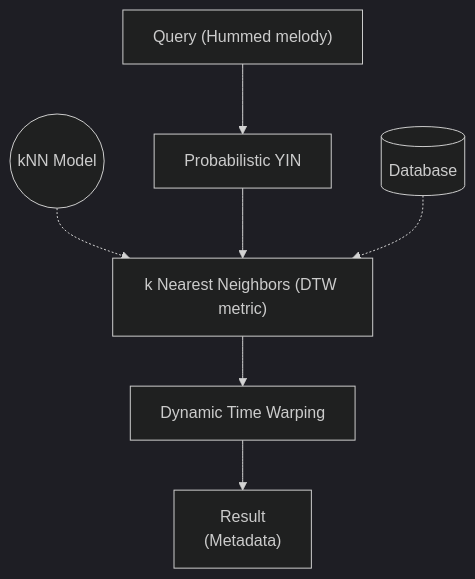
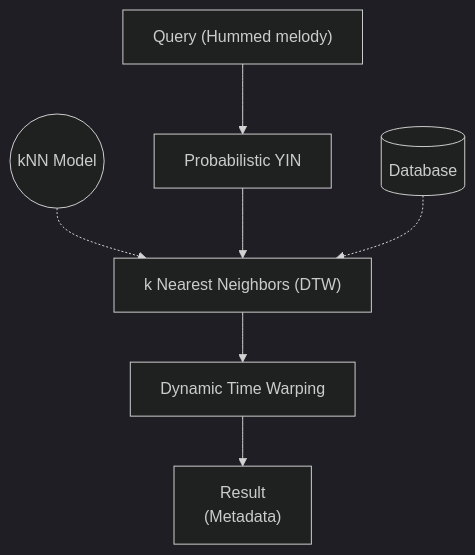
Before and after one commit to vivekvjyn/strawberry-fields: the diagram in README.md, drawn with Mermaid (dark theme).

````diff
--- a/README.md
+++ b/README.md
@@ -68,9 +68,9 @@
 ```mermaid
 graph TD;
     A["Query (Hummed melody)"] --> B["Probabilistic YIN"];
     G(("kNN Model")) -.-> C
-    B --> C["k Nearest Neighbors (DTW metric)"];
+    B --> C["k Nearest Neighbors (DTW)"];
     C --> D["Dynamic Time Warping"];
     D --> E["Result\n(Metadata)"];
     F[("Database")] -.-> C
 ```
````
